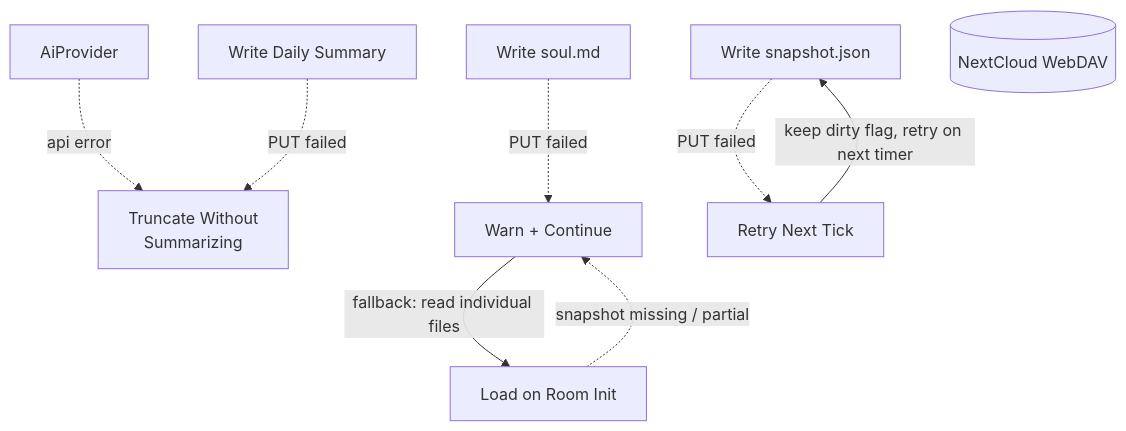
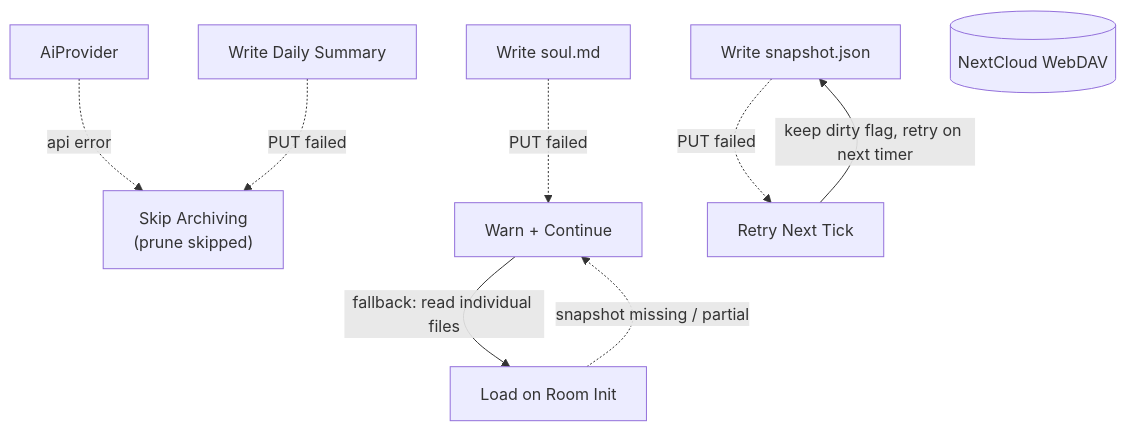
The sixth of 7 diagrams in _dfds/base/memory.md (cosmoswafer/rockbot), drawn with Mermaid before and after one commit. The commit also changed other lines of this file and 5 other files, not shown here.

First line of the commit message:
docs: deep DFD audit — fix 3 broken mermaid, 6 accuracy gaps

````diff
--- a/_dfds/base/memory.md
+++ b/_dfds/base/memory.md
@@ -252,20 +252,20 @@
 ```mermaid
 flowchart TD
     AI[AiProvider]
     L2_WRITE[Write Daily Summary]
     SOUL_WRITE[Write soul.md]
     SNAP_WRITE[Write snapshot.json]
     DAV[(NextCloud WebDAV)]
     LOAD[Load on Room Init]
-    FALLBACK[Truncate Without<br/>Summarizing]
+    FALLBACK["Skip Archiving<br/>(prune skipped)"]
     WARN[Warn + Continue]
     RETRY[Retry Next Tick]
 
     AI -.->|"api error"| FALLBACK
     L2_WRITE -.->|"PUT failed"| FALLBACK
     SNAP_WRITE -.->|"PUT failed"| RETRY
     SOUL_WRITE -.->|"PUT failed"| WARN
     LOAD -.->|"snapshot missing / partial"| WARN
     WARN -->|"fallback: read individual files"| LOAD
     RETRY -->|"keep dirty flag, retry on next timer"| SNAP_WRITE
 ```
````
